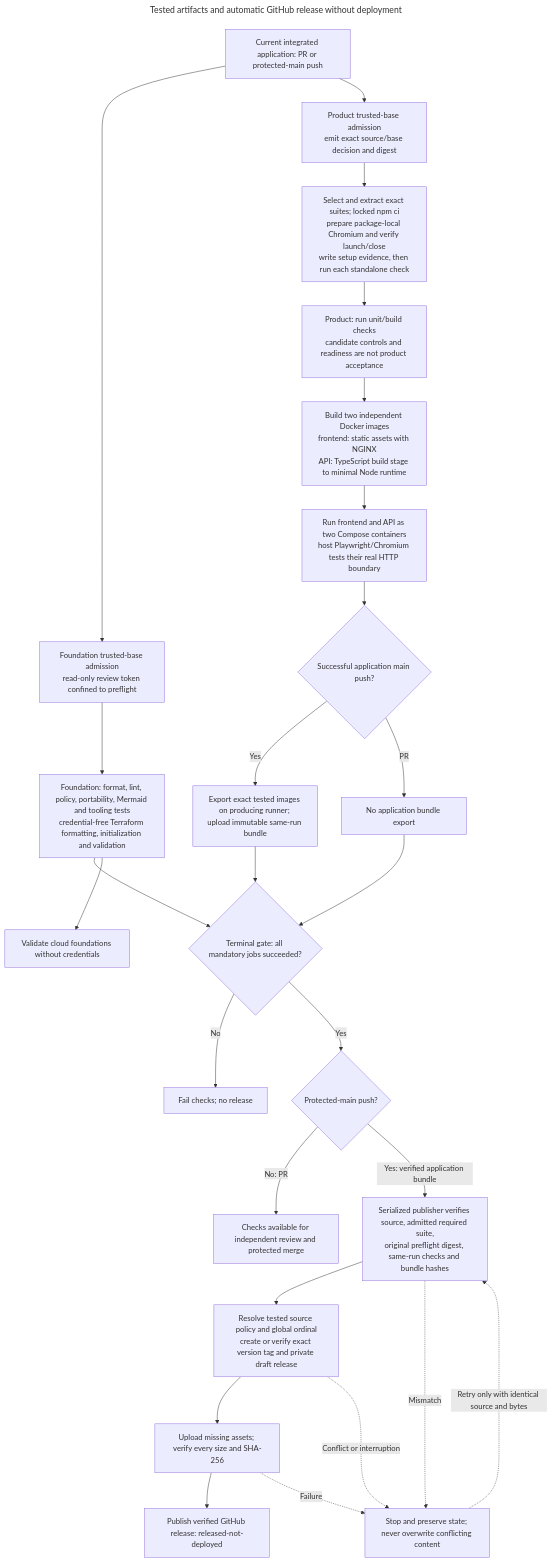
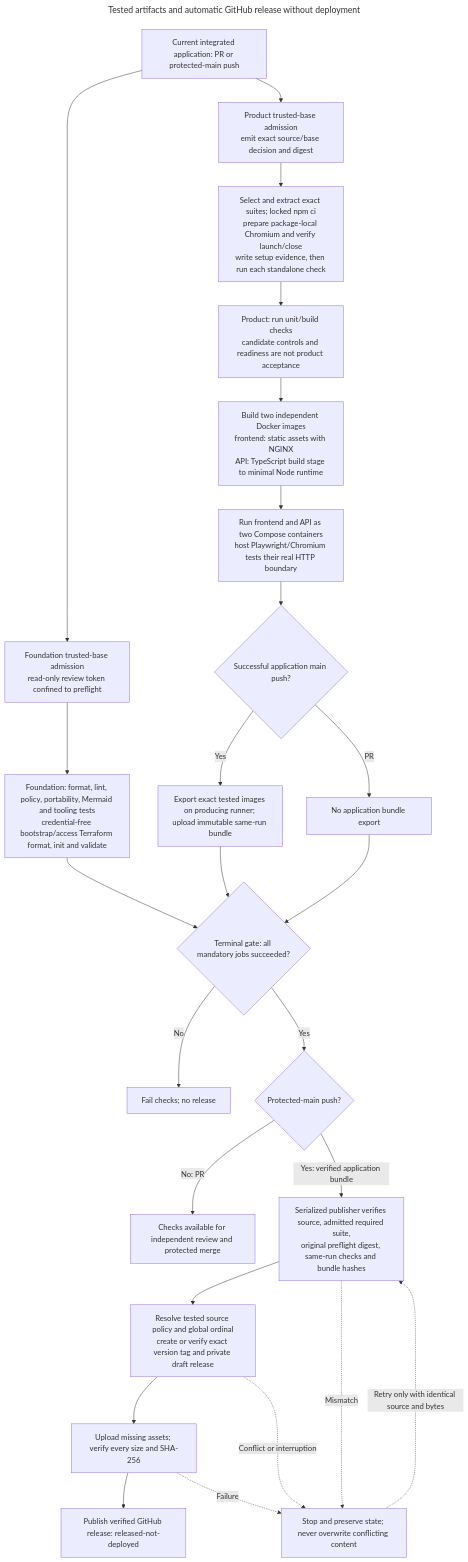
The diagram in docs/architecture/diagrams/release.mmd (brobro10000/mp3-frame-counter), drawn with Mermaid before and after one commit.

Commit message:
docs: keep cloud validation inside its mandatory CI gate

```diff
--- a/docs/architecture/diagrams/release.mmd
+++ b/docs/architecture/diagrams/release.mmd
@@ -1,68 +1,67 @@
 ---
 title: Tested artifacts and automatic GitHub release without deployment
 query: >-
   Show the implemented CI and release-only flow. Distinguish PR validation from
   protected-main publication, parallel foundation/product checks from the
   terminal control-plane gate, and the same-run exact tested image export from
   publication. Include frozen baseline verification, complete acceptance,
   immutable artifact/provenance checks, version/tag identity, draft asset
   verification and safe identical retries. Do not add deployment, registry push,
   provider provisioning or production approval; those are absent from the
   current release implementation. For the current integrated application, show
   independent Docker image builds, the two running Compose containers and host
   acceptance processes, then export of those exact tested images. Images and
   archives are artifacts, not extra running services. Earlier source-only phases
   have a separate foundation-delivery path outside this view. Both validation
   jobs perform trusted-base acceptance admission before head-owned commands.
   Candidate harness checks remain separate from required product E2E; carry the
   preflight digest through the original same-run release bundle. Foundation
   includes credential-free Terraform formatting, initialization and validation;
   keep these checks inside its mandatory gate, with no cloud apply. Allocate the
   version from the exact tested source's committed release policy and global
   first-parent ordinal. Preserve legacy identities and schema-1 bytes; new
   policy-bound evidence uses schema 2. Compare stable latest versions
   numerically. Before each standalone suite check, show exact suite selection,
   locked npm installation, package-local Chromium preparation and a bounded
   launch/close probe. Keep candidate controls and preparation evidence separate
   from required product acceptance.
 references:
   - 'File: /.github/workflows/ci.yml'
   - 'File: /scripts/run-ci-phase.mjs'
   - 'File: /scripts/acceptance-browser-setup.mjs'
   - 'File: /scripts/acceptance-preflight.mjs'
   - 'File: /scripts/acceptance-runtime.mjs'
   - 'File: /scripts/ci-gate.mjs'
   - 'File: /scripts/publish-release-bundle.mjs'
   - 'File: /scripts/prepare-release.mjs'
   - 'File: /scripts/publish-release.mjs'
   - 'File: /scripts/publish-release-evidence.mjs'
   - 'File: /scripts/release-manifest.mjs'
   - 'File: /release-policy.json'
 generationTime: '2026-10-10T22:55:31.749Z'
 ---
 flowchart TD
     EVENT["Current integrated application: PR or protected-main push"] --> PREF["Foundation trusted-base admission<br/>read-only review token confined to preflight"]
-    PREF --> F["Foundation: format, lint, policy, portability, Mermaid and tooling tests<br/>credential-free Terraform formatting, initialization and validation"]
+    PREF --> F["Foundation: format, lint, policy, portability, Mermaid and tooling tests<br/>credential-free bootstrap/access Terraform format, init and validate"]
     EVENT --> PREP["Product trusted-base admission<br/>emit exact source/base decision and digest"]
     PREP --> SETUP["Select and extract exact suites; locked npm ci<br/>prepare package-local Chromium and verify launch/close<br/>write setup evidence, then run each standalone check"]
     SETUP --> P["Product: run unit/build checks<br/>candidate controls and readiness are not product acceptance"]
     P --> BUILD["Build two independent Docker images<br/>frontend: static assets with NGINX<br/>API: TypeScript build stage to minimal Node runtime"]
     BUILD --> TEST["Run frontend and API as two Compose containers<br/>host Playwright/Chromium tests their real HTTP boundary"]
     TEST --> KIND{"Successful application main push?"}
     KIND -->|"Yes"| B["Export exact tested images on producing runner; upload immutable same-run bundle"]
     KIND -->|"PR"| RESULT["No application bundle export"]
     F --> G{"Terminal gate: all mandatory jobs succeeded?"}
     B --> G
     RESULT --> G
     G -->|"No"| STOP["Fail checks; no release"]
     G -->|"Yes"| MAIN{"Protected-main push?"}
     MAIN -->|"No: PR"| REVIEW["Checks available for independent review and protected merge"]
     MAIN -->|"Yes: verified application bundle"| VERIFY["Serialized publisher verifies source, admitted required suite,<br/>original preflight digest, same-run checks and bundle hashes"]
     VERIFY --> DRAFT["Resolve tested source policy and global ordinal<br/>create or verify exact version tag and private draft release"]
     DRAFT --> ASSETS["Upload missing assets; verify every size and SHA-256"]
     ASSETS --> RELEASE["Publish verified GitHub release: released-not-deployed"]
     VERIFY -.->|"Mismatch"| FAIL["Stop and preserve state; never overwrite conflicting content"]
     DRAFT -.->|"Conflict or interruption"| FAIL
     ASSETS -.->|"Failure"| FAIL
     FAIL -.->|"Retry only with identical source and bytes"| VERIFY
-    F --> VALIDATE["Validate cloud foundations without credentials"]
```
